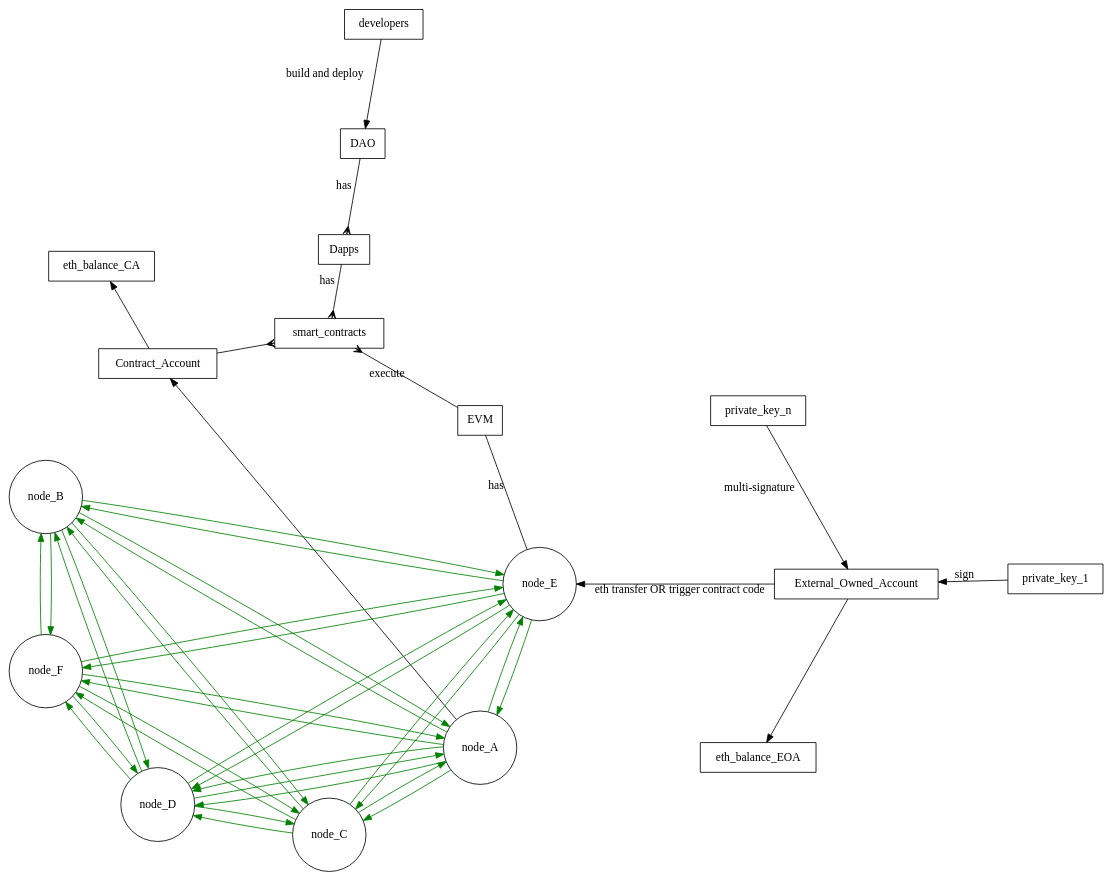
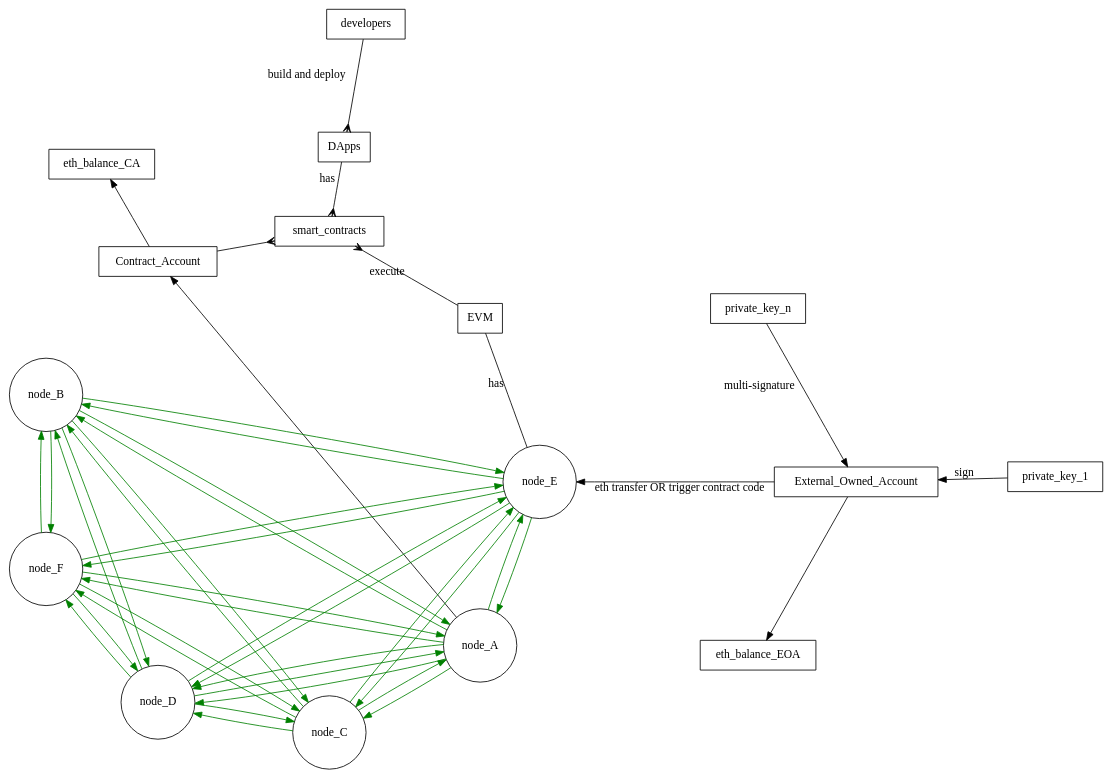
The diagram in ethereum-architecture.dot (manilabay/blockchain-graphs), drawn with Graphviz before and after one commit. The commit also changed 1 other file, not shown here.

Commit message:
remove DAOs item, because DAO is essentially a DApp

```diff
--- a/ethereum-architecture.dot
+++ b/ethereum-architecture.dot
@@ -1,71 +1,70 @@
 digraph ethereum {
 
   layout="circo";
   node [shape = circle];
 
   node_A -> node_B [color="green"];
   node_A -> node_C [color="green"];
   node_A -> node_D [color="green"];
   node_A -> node_D [color="green"];
   node_A -> node_E [color="green"];
   node_A -> node_F [color="green"];
 
   node_B -> node_A [color="green"];
   node_B -> node_C [color="green"];
   node_B -> node_D [color="green"];
   node_B -> node_E [color="green"];
   node_B -> node_F [color="green"];
 
   node_C -> node_A [color="green"];
   node_C -> node_B [color="green"];
   node_C -> node_D [color="green"];
   node_C -> node_E [color="green"];
   node_C -> node_F [color="green"];
 
   node_D -> node_A [color="green"];
   node_D -> node_B [color="green"];
   node_D -> node_C [color="green"];
   node_D -> node_E [color="green"];
   node_D -> node_F [color="green"];
 
   node_E -> node_A [color="green"];
   node_E -> node_B [color="green"];
   node_E -> node_C [color="green"];
   node_E -> node_D [color="green"];
   node_E -> node_F [color="green"];
 
   node_F -> node_A [color="green"];
   node_F -> node_B [color="green"];
   node_F -> node_C [color="green"];
   node_F -> node_D [color="green"];
   node_F -> node_E [color="green"];
 
   rankdir=LR;
   subgraph components_by_node {
 
   layout="dot";
   node [shape = box];
 
     node_E -> EVM [label="has" arrowhead="none"];
     EVM -> smart_contracts [label="execute" arrowhead="crow"];
 
     node_A -> Contract_Account;
     #node_E -> External_Owned_Account;
     Contract_Account -> eth_balance_CA;
     Contract_Account -> smart_contracts [arrowhead="crow"];
     External_Owned_Account -> eth_balance_EOA;
     External_Owned_Account -> node_E [label="eth transfer OR trigger contract code"];
 
     #Abstract objects
 
-    developers -> DAO [label="build and deploy"];
-    DAO -> Dapps [arrowhead="crow" label="has"];
-    Dapps -> smart_contracts [arrowhead="crow" label="has"];
+    developers -> DApps [label="build and deploy" arrowhead="crow"];
+    DApps -> smart_contracts [arrowhead="crow" label="has"];
 
     private_key_1 -> External_Owned_Account [label="sign"];
     private_key_n -> External_Owned_Account [label="multi-signature"];
 
 
   }
 
 }
```
